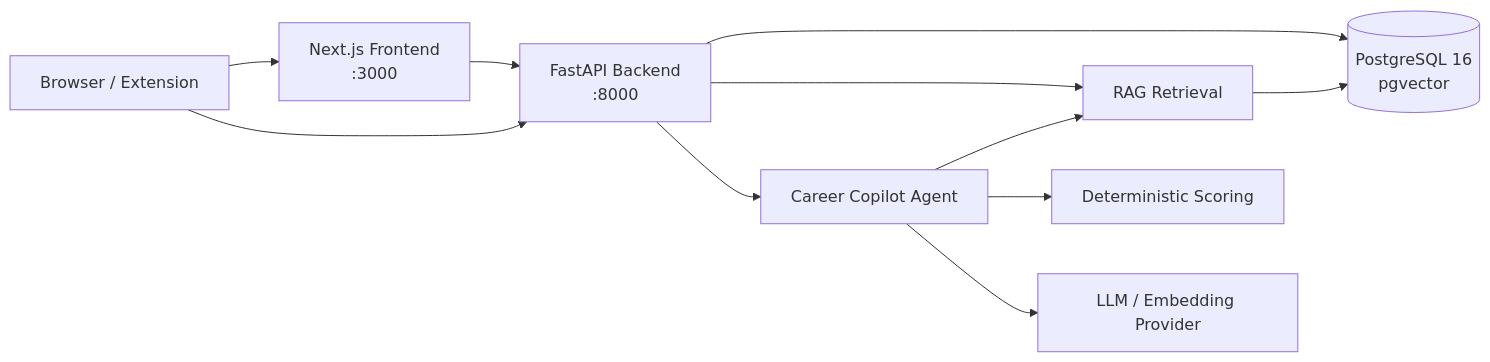
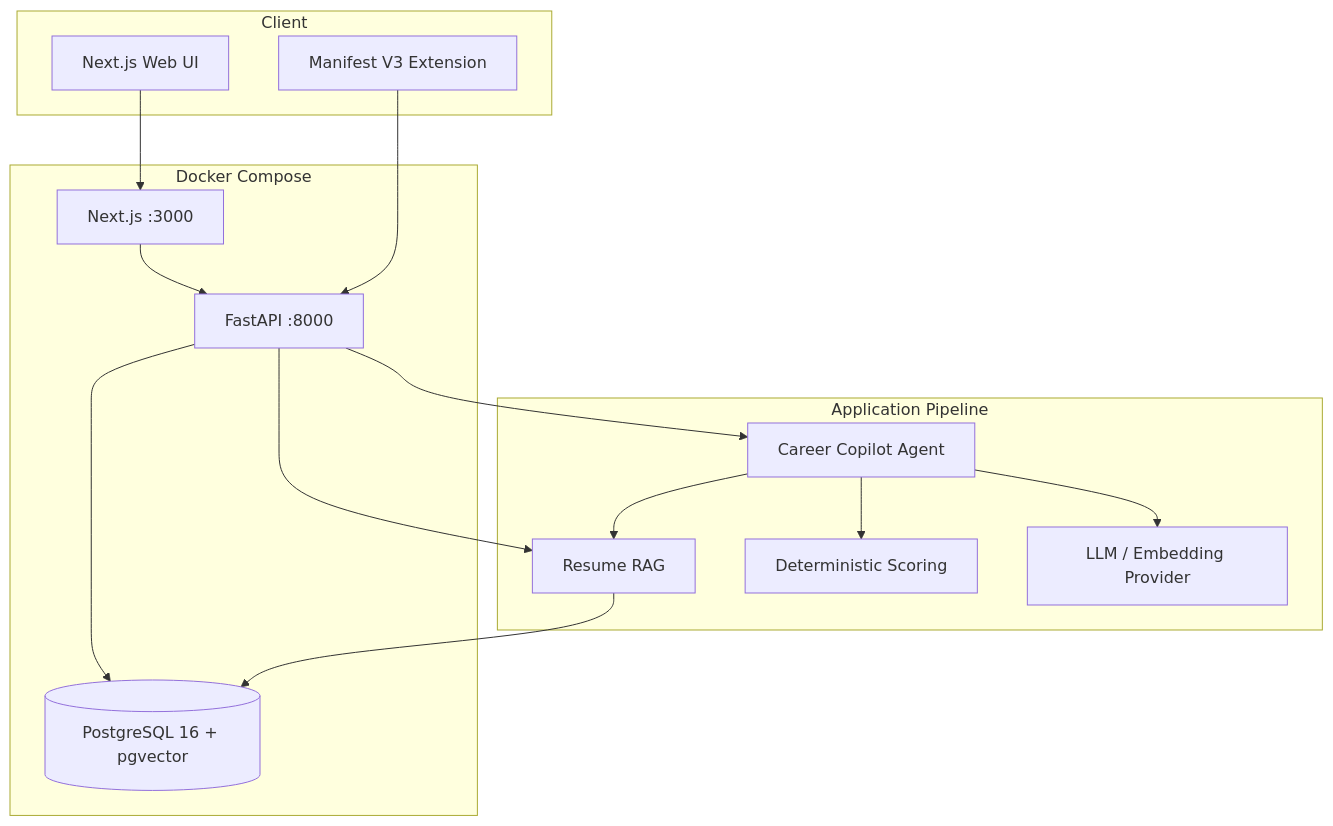
Before and after one commit to qinpei-dev/career-matrix: the second of 2 diagrams in README.md, drawn with Mermaid. The commit also changed other lines of this file and 2 other files, not shown here.

````diff
--- a/README.md
+++ b/README.md
@@ -89,13 +51,26 @@
 ```mermaid
-flowchart LR
-    Browser["Browser / Extension"] --> Frontend["Next.js Frontend<br/>:3000"]
-    Browser --> Backend["FastAPI Backend<br/>:8000"]
-    Frontend --> Backend
-    Backend --> DB[("PostgreSQL 16<br/>pgvector")]
-    Backend --> RAG["RAG Retrieval"]
-    Backend --> Agent["Career Copilot Agent"]
-    RAG --> DB
+flowchart TB
+    subgraph Client["Client"]
+        Web["Next.js Web UI"]
+        Extension["Manifest V3 Extension"]
+    end
+    subgraph Compose["Docker Compose"]
+        Frontend["Next.js :3000"]
+        Backend["FastAPI :8000"]
+        DB[("PostgreSQL 16 + pgvector")]
+    end
+    subgraph Intelligence["Application Pipeline"]
+        RAG["Resume RAG"]
+        Agent["Career Copilot Agent"]
+        Scoring["Deterministic Scoring"]
+        Provider["LLM / Embedding Provider"]
+    end
+    Web --> Frontend --> Backend
+    Extension --> Backend
+    Backend --> DB
+    Backend --> RAG --> DB
+    Backend --> Agent
     Agent --> RAG
-    Agent --> Scoring["Deterministic Scoring"]
-    Agent --> LLM["LLM / Embedding Provider"]
+    Agent --> Scoring
+    Agent --> Provider
 ```
````
